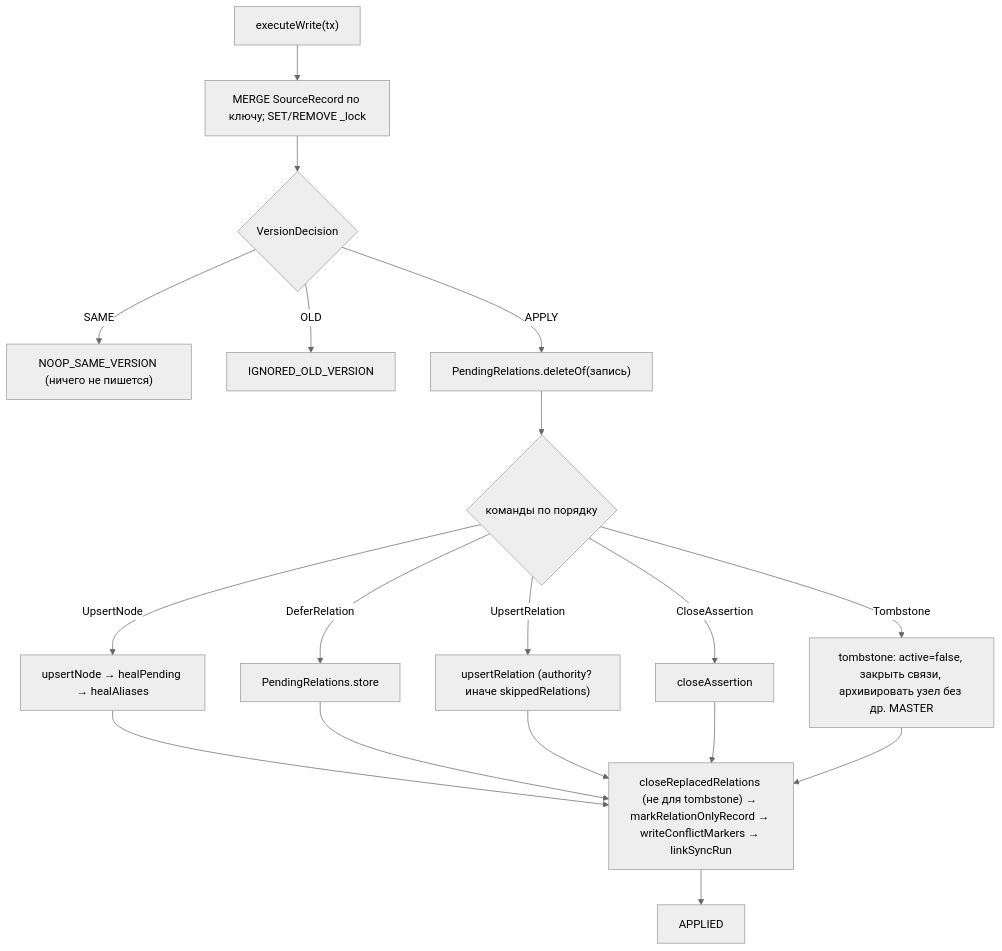
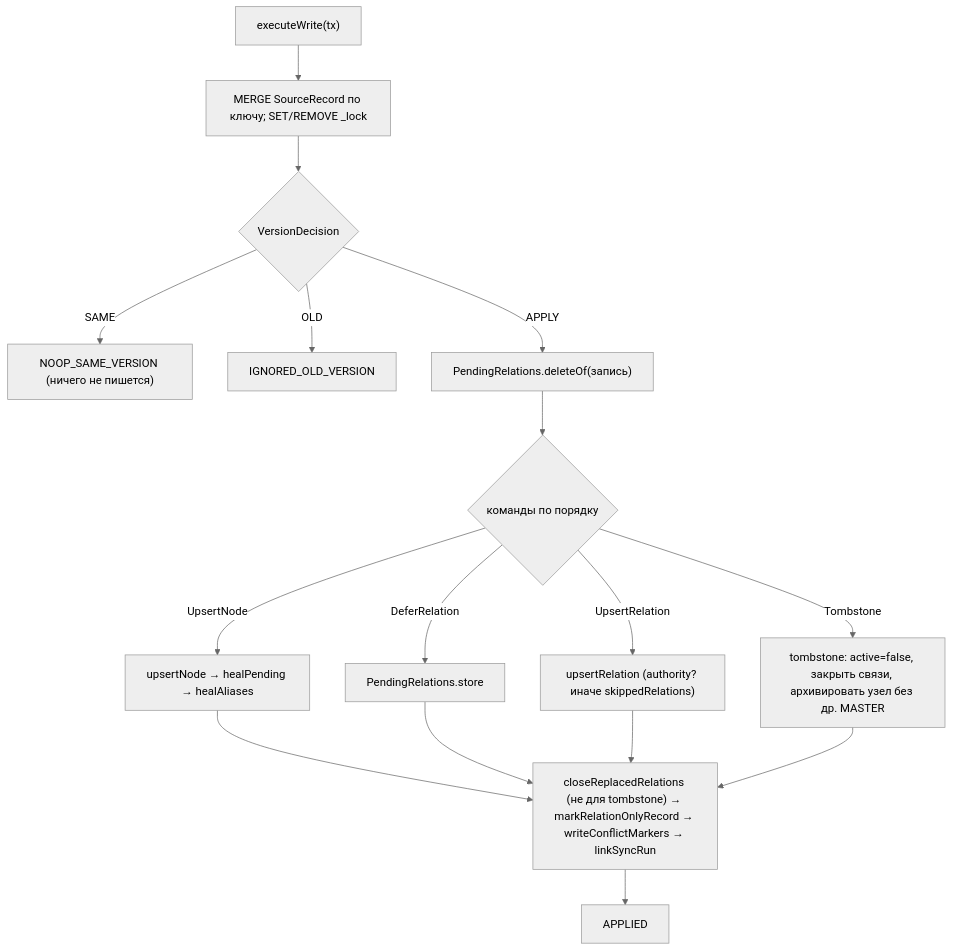
The fourth of 6 diagrams in _reversa_sdd/flowcharts/graph-projector.md (Unlocker/architecture-rag), drawn with Mermaid (neutral theme) before and after one commit. The commit also changed 44 other files, not shown here.

Commit message:
UNLOCKER-284: удалить CloseAssertion

````diff
--- a/_reversa_sdd/flowcharts/graph-projector.md
+++ b/_reversa_sdd/flowcharts/graph-projector.md
@@ -65,20 +65,18 @@
 ```mermaid
 flowchart TD
   A["executeWrite(tx)"] --> L["MERGE SourceRecord по ключу; SET/REMOVE _lock"]
   L --> VD{"VersionDecision"}
   VD -- SAME --> N1["NOOP_SAME_VERSION (ничего не пишется)"]
   VD -- OLD --> N2["IGNORED_OLD_VERSION"]
   VD -- APPLY --> DP["PendingRelations.deleteOf(запись)"]
   DP --> CMD{"команды по порядку"}
   CMD -- UpsertNode --> UN["upsertNode → healPending → healAliases"]
   CMD -- DeferRelation --> DF["PendingRelations.store"]
   CMD -- UpsertRelation --> UR["upsertRelation (authority? иначе skippedRelations)"]
-  CMD -- CloseAssertion --> CA["closeAssertion"]
   CMD -- Tombstone --> TS["tombstone: active=false, закрыть связи, архивировать узел без др. MASTER"]
   UN --> TAIL
   DF --> TAIL
   UR --> TAIL
-  CA --> TAIL
   TS --> TAIL
   TAIL["closeReplacedRelations (не для tombstone) → markRelationOnlyRecord → writeConflictMarkers → linkSyncRun"] --> OK["APPLIED"]
 ```
````
